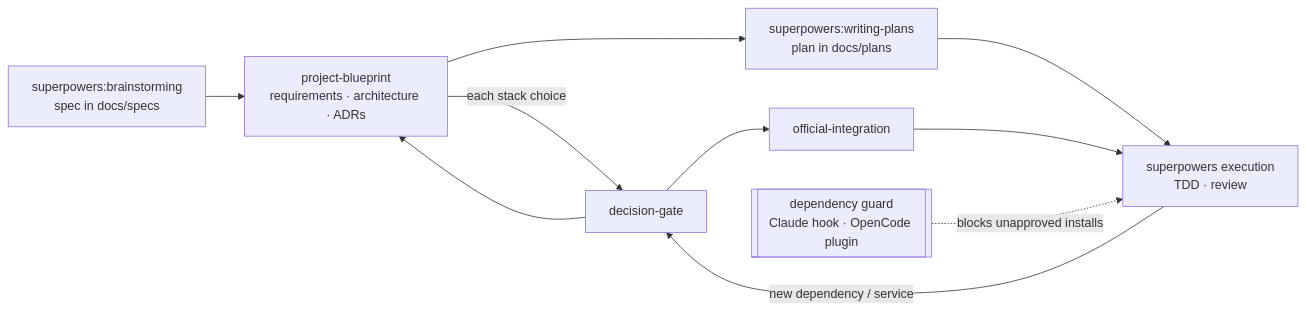
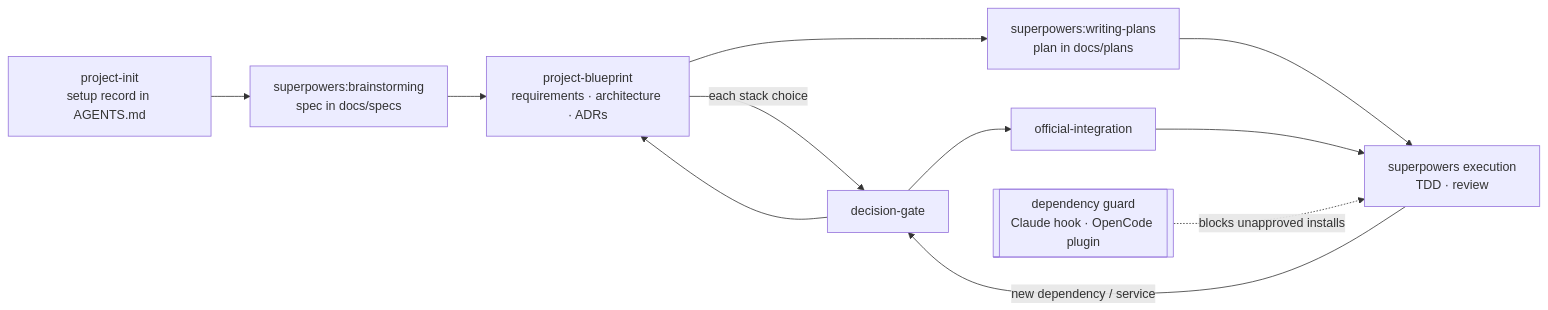
The diagram in README.md (titanfrigel/senior-standards), drawn with Mermaid before and after one commit. The commit also changed other lines of this file and 100 other files, not shown here.

First line of the commit message:
feat: project flow (v0.2.0) (#1)

````diff
--- a/README.md
+++ b/README.md
@@ -7,12 +7,13 @@
 ```mermaid
 flowchart LR
+  I[project-init<br/>setup record in AGENTS.md] --> B
   B[superpowers:brainstorming<br/>spec in docs/specs] --> PB[project-blueprint<br/>requirements · architecture · ADRs]
   PB -->|each stack choice| DG[decision-gate]
   DG --> PB
   PB --> WP[superpowers:writing-plans<br/>plan in docs/plans]
   WP --> EX[superpowers execution<br/>TDD · review]
   EX -->|new dependency / service| DG
   DG --> OI[official-integration]
   OI --> EX
   G[[dependency guard<br/>Claude hook · OpenCode plugin]] -.blocks unapproved installs.-> EX
 ```
````
